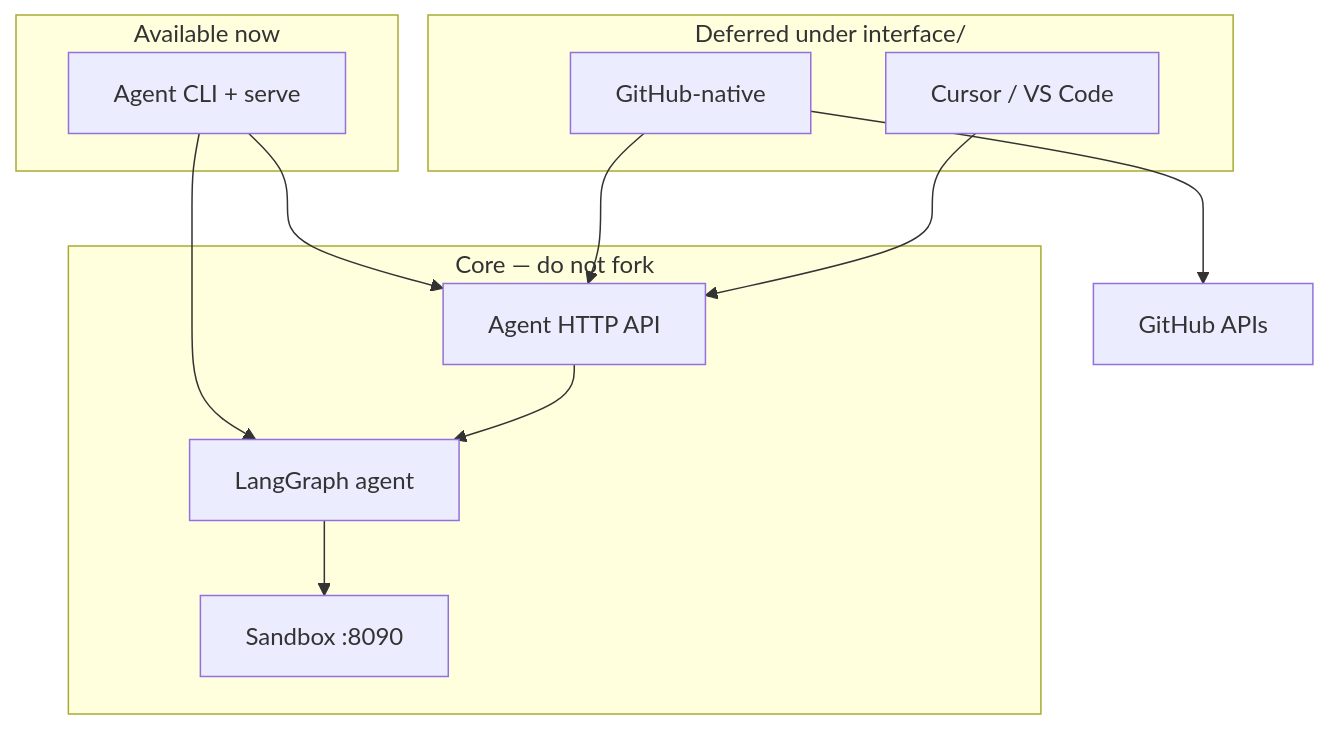
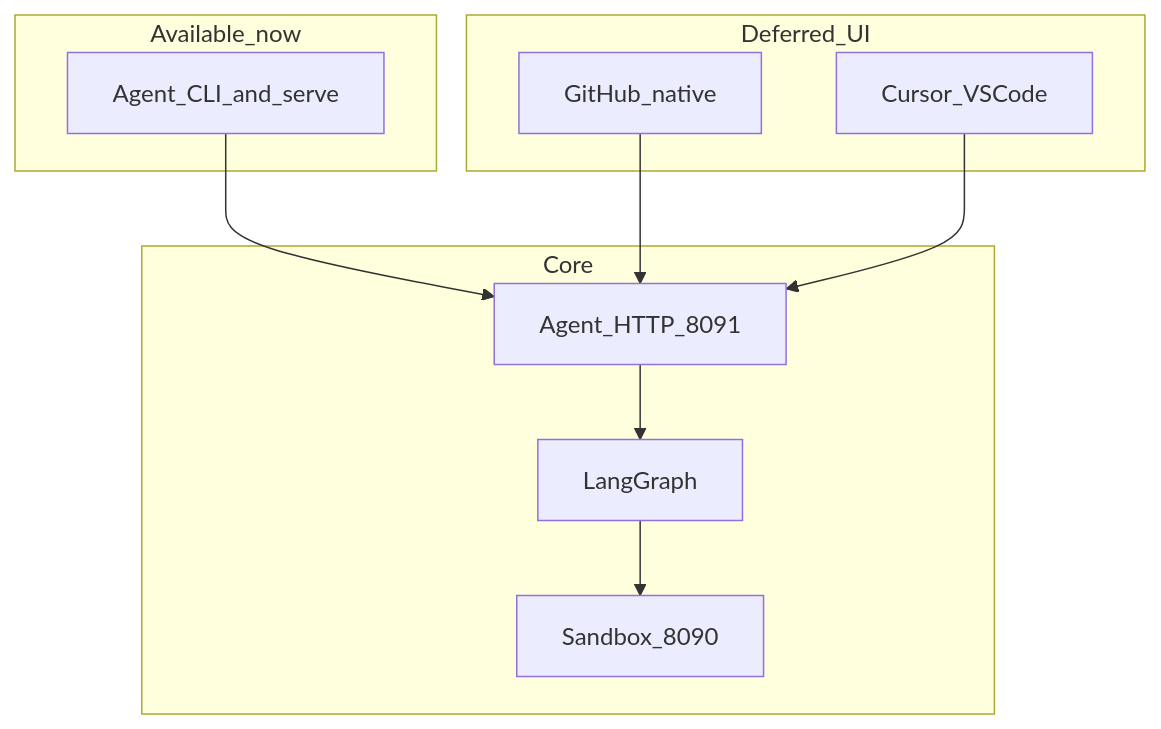
Before and after one commit to AWaleed-Ahmed/Raphael: the diagram in interface/README.md, drawn with Mermaid. The commit also changed other lines of this file and 40 other files, not shown here.

First line of the commit message:
feat: Add IDE extension scaffold, i0 run API, and update documentation

````diff
--- a/interface/README.md
+++ b/interface/README.md
@@ -113,22 +123,20 @@
 ```mermaid
 flowchart TB
-  subgraph now [Available now]
-    CLI[Agent CLI + serve]
+  subgraph now [Available_now]
+    CLI[Agent_CLI_and_serve]
   end
-  subgraph later [Deferred under interface/]
-    GH[GitHub-native]
-    IDE[Cursor / VS Code]
+  subgraph later [Deferred_UI]
+    GH[GitHub_native]
+    IDE[Cursor_VSCode]
   end
-  subgraph core [Core — do not fork]
-    API[Agent HTTP API]
-    AG[LangGraph agent]
-    SB[Sandbox :8090]
+  subgraph core [Core]
+    API[Agent_HTTP_8091]
+    AG[LangGraph]
+    SB[Sandbox_8090]
   end
   CLI --> API
-  CLI --> AG
   GH --> API
   IDE --> API
-  GH --> GHUB[GitHub APIs]
   API --> AG
   AG --> SB
 ```
````
